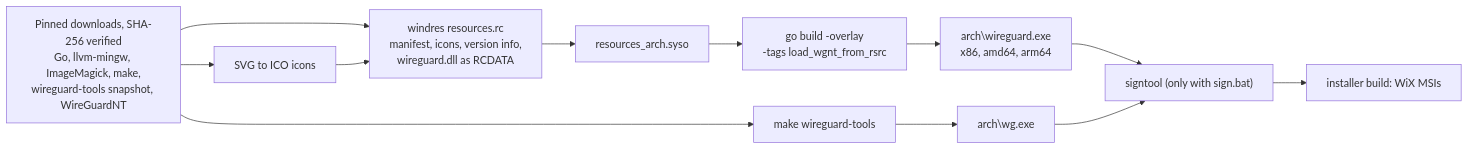
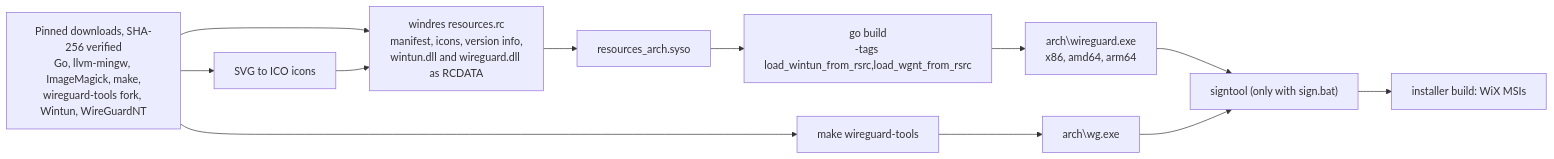
Before and after one commit to danielealbano/wireguard-windows: the seventh of 8 diagrams in docs/ARCHITECTURE.md, drawn with Mermaid. The commit also changed other lines of this file and 4 other files, not shown here.

Commit message:
docs(docs): document the WireGuard WS userspace path, TLS files and identity

````diff
--- a/docs/ARCHITECTURE.md
+++ b/docs/ARCHITECTURE.md
@@ -183,14 +223,14 @@
 ```mermaid
 flowchart LR
-    DL["Pinned downloads, SHA-256 verified<br/>Go, llvm-mingw, ImageMagick, make,<br/>wireguard-tools snapshot, WireGuardNT"] --> ICONS["SVG to ICO icons"]
-    DL --> RC["windres resources.rc<br/>manifest, icons, version info,<br/>wireguard.dll as RCDATA"]
+    DL["Pinned downloads, SHA-256 verified<br/>Go, llvm-mingw, ImageMagick, make,<br/>wireguard-tools fork, Wintun, WireGuardNT"] --> ICONS["SVG to ICO icons"]
+    DL --> RC["windres resources.rc<br/>manifest, icons, version info,<br/>wintun.dll and wireguard.dll as RCDATA"]
     ICONS --> RC
     RC --> SYSO["resources_arch.syso"]
-    SYSO --> GOB["go build -overlay<br/>-tags load_wgnt_from_rsrc"]
+    SYSO --> GOB["go build<br/>-tags load_wintun_from_rsrc,load_wgnt_from_rsrc"]
     GOB --> EXE["arch\wireguard.exe<br/>x86, amd64, arm64"]
     DL --> WG["make wireguard-tools"]
     WG --> WGEXE["arch\wg.exe"]
     EXE --> SIGN["signtool (only with sign.bat)"]
     WGEXE --> SIGN
     SIGN --> MSI["installer build: WiX MSIs"]
 ```
````
